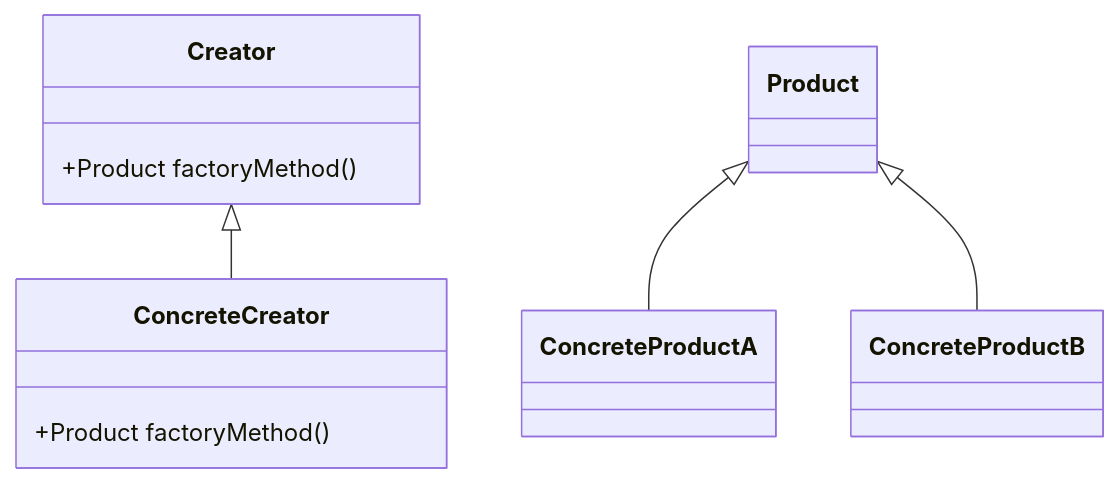
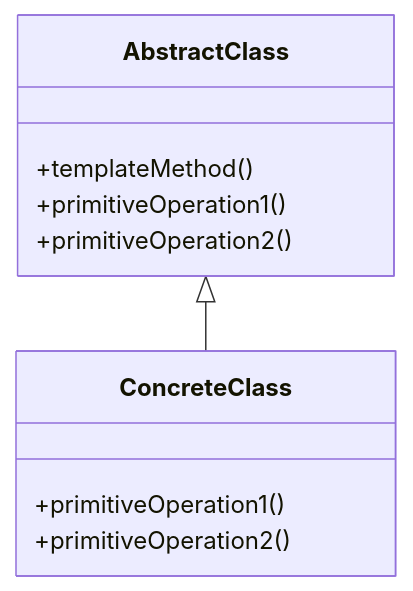
The seventh of 8 diagrams in articles/_posts/2024/2024-08-21-factory-method.md (42jerrykim/42jerrykim.github.io), drawn with Mermaid before and after one commit. The commit also changed other lines of this file, not shown here.

````diff
--- a/articles/_posts/2024/2024-08-21-factory-method.md
+++ b/articles/_posts/2024/2024-08-21-factory-method.md
@@ -915,16 +850,14 @@
 ```mermaid
 classDiagram
-    class Creator {
-        +Product factoryMethod()
+    class AbstractClass {
+        +templateMethod()
+        +primitiveOperation1()
+        +primitiveOperation2()
     }
-    class ConcreteCreator {
-        +Product factoryMethod()
+    class ConcreteClass {
+        +primitiveOperation1()
+        +primitiveOperation2()
     }
-    class Product 
-    class ConcreteProductA 
-    class ConcreteProductB 
 
-    Creator <|-- ConcreteCreator
-    Product <|-- ConcreteProductA
-    Product <|-- ConcreteProductB
+    AbstractClass <|-- ConcreteClass
 ```
````
